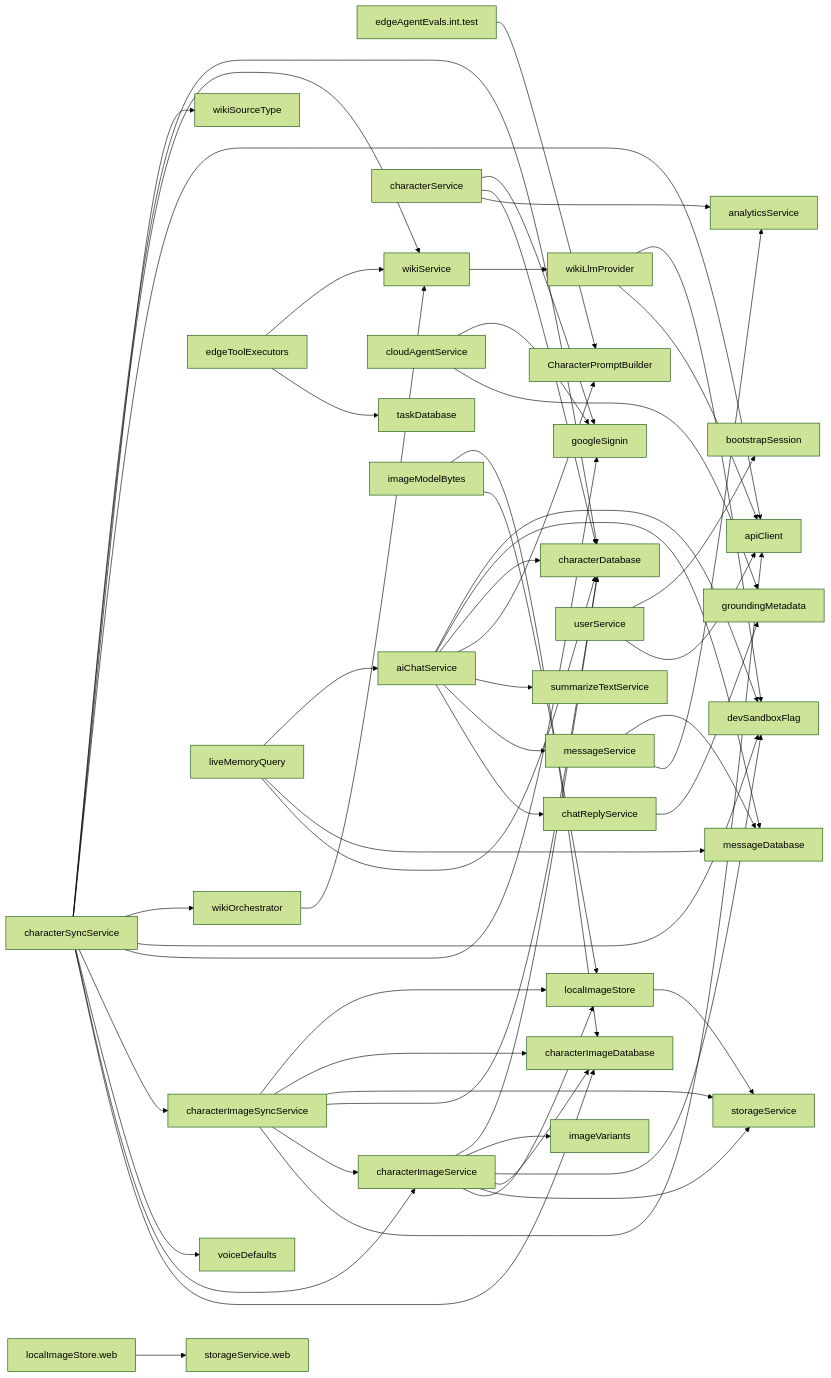
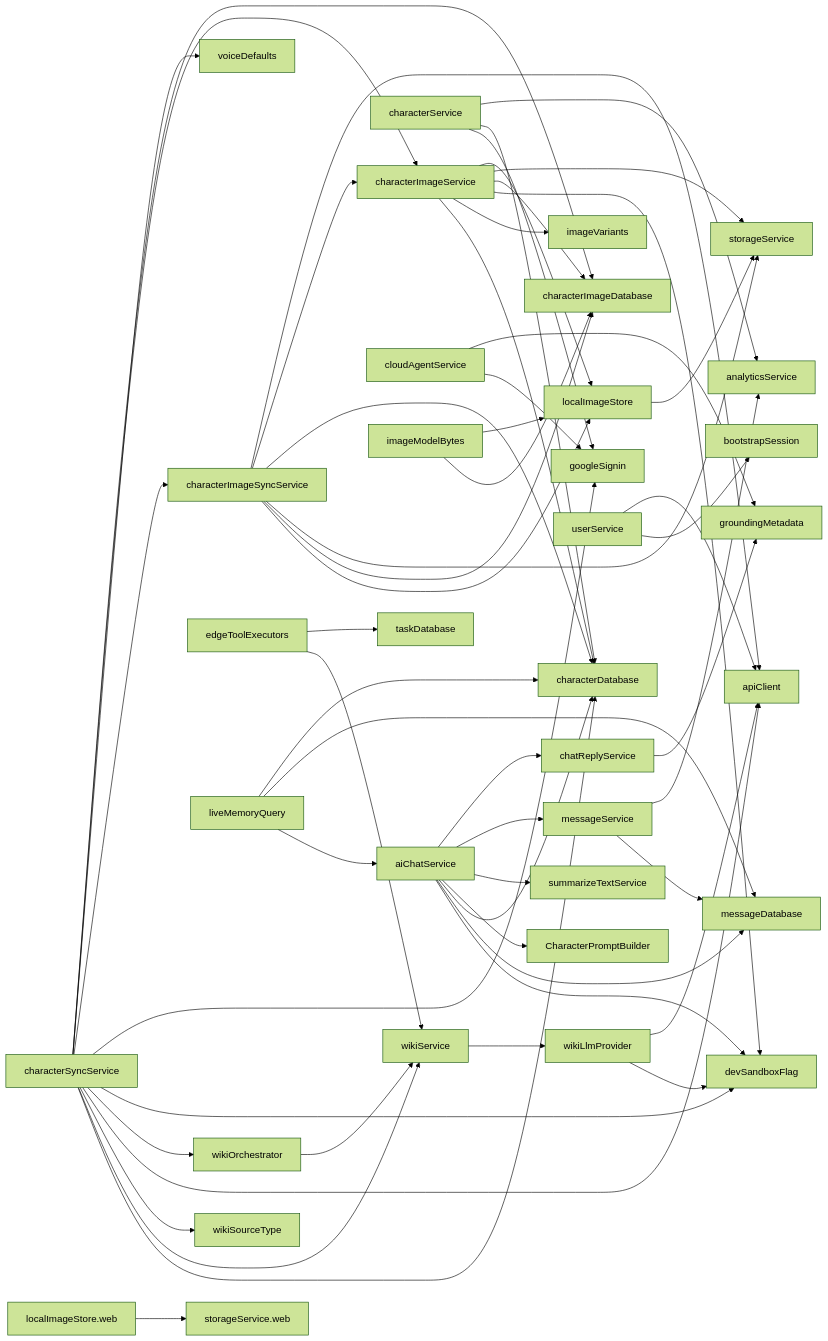
Before and after one commit to equationalapplications/clanker: the diagram in docs/flowcharts/SERVICES.md, drawn with Mermaid (forest theme). The commit also changed 5 other files, not shown here.

````diff
--- a/docs/flowcharts/SERVICES.md
+++ b/docs/flowcharts/SERVICES.md
@@ -5,57 +5,56 @@
 ```mermaid
 graph LR
-  edgeAgentEvals.int.test --> CharacterPromptBuilder
   aiChatService --> devSandboxFlag
   aiChatService --> messageDatabase
   aiChatService --> characterDatabase
   aiChatService --> CharacterPromptBuilder
   aiChatService --> summarizeTextService
   aiChatService --> messageService
   aiChatService --> chatReplyService
   characterImageService --> characterDatabase
   characterImageService --> imageVariants
   characterImageService --> devSandboxFlag
   characterImageService --> characterImageDatabase
   characterImageService --> storageService
   characterImageService --> localImageStore
   characterImageSyncService --> localImageStore
   characterImageSyncService --> characterImageDatabase
   characterImageSyncService --> storageService
   characterImageSyncService --> characterDatabase
   characterImageSyncService --> characterImageService
   characterImageSyncService --> apiClient
   characterService --> googleSignin
   characterService --> characterDatabase
   characterService --> analyticsService
   characterSyncService --> characterDatabase
   characterSyncService --> wikiService
   characterSyncService --> wikiSourceType
   characterSyncService --> apiClient
   characterSyncService --> wikiOrchestrator
   characterSyncService --> devSandboxFlag
   characterSyncService --> googleSignin
   characterSyncService --> characterImageSyncService
   characterSyncService --> voiceDefaults
   characterSyncService --> characterImageService
   characterSyncService --> characterImageDatabase
   chatReplyService --> groundingMetadata
   cloudAgentService --> googleSignin
   cloudAgentService --> groundingMetadata
   edgeToolExecutors --> wikiService
   edgeToolExecutors --> taskDatabase
   imageModelBytes --> characterImageDatabase
   imageModelBytes --> localImageStore
   liveMemoryQuery --> aiChatService
   liveMemoryQuery --> messageDatabase
   liveMemoryQuery --> characterDatabase
   localImageStore --> storageService
   localImageStore.web --> storageService.web
   messageService --> messageDatabase
   messageService --> analyticsService
   userService --> bootstrapSession
   userService --> apiClient
   wikiLlmProvider --> devSandboxFlag
   wikiLlmProvider --> apiClient
   wikiOrchestrator --> wikiService
   wikiService --> wikiLlmProvider
 ```
````
